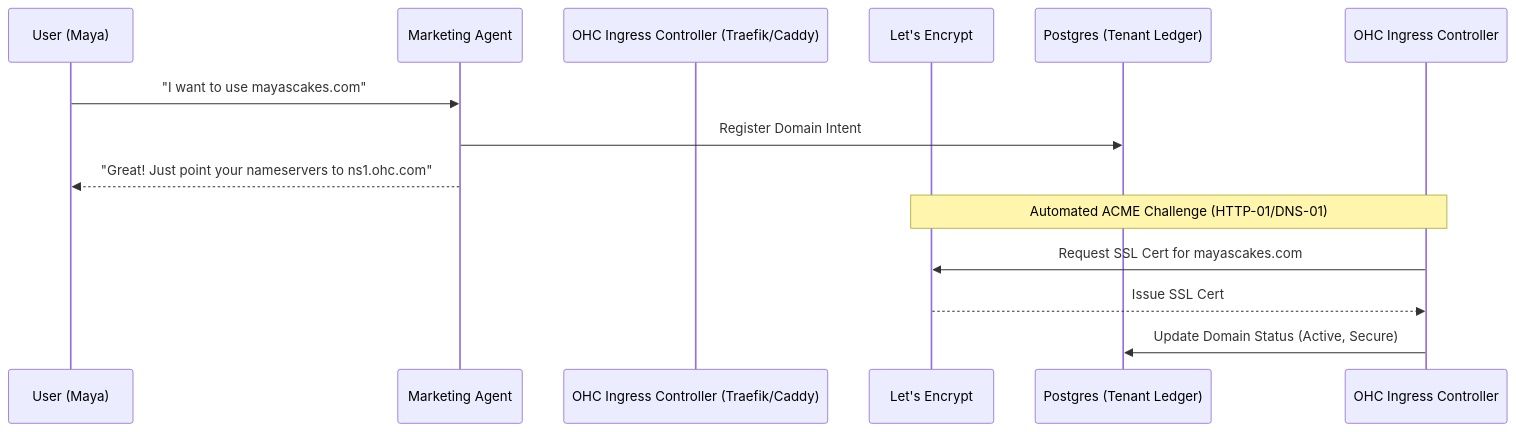
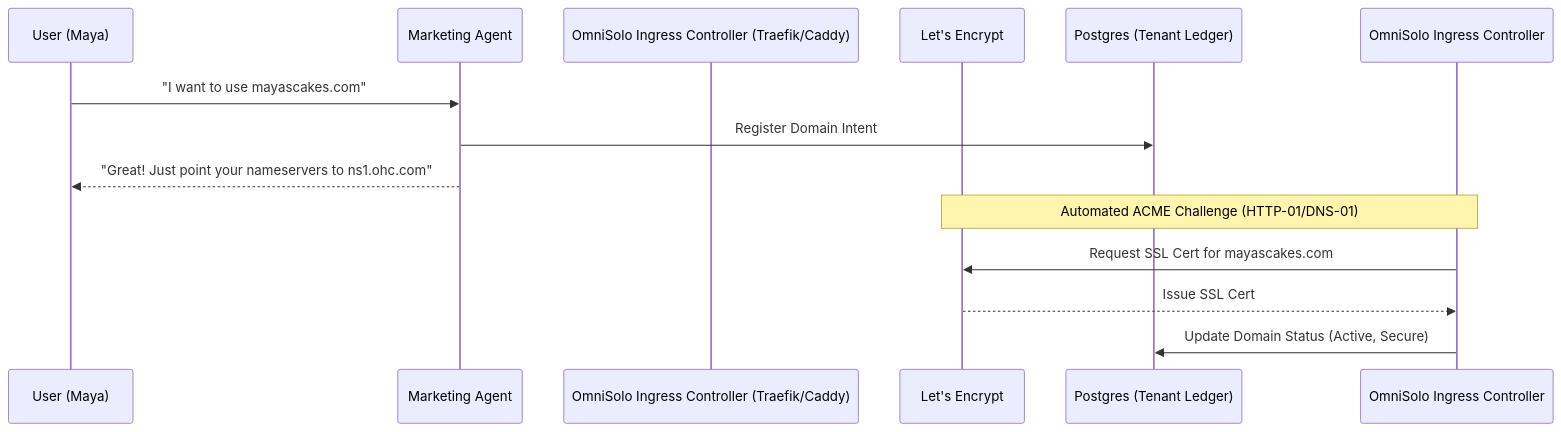
One commit to omnisolo-llc/onehumancorp changed the diagram in docs/research/[architecture]_zero_config_multi_tenant_unified_domain_and_ssl_management_engine.md. Above: the diagram before and after it, drawn with Mermaid. The commit also changed other lines of this file and 2191 other files, not shown here.

Commit message:
feat: complete OmniSolo rename and browser audit

````diff
--- a/docs/research/[architecture]_zero_config_multi_tenant_unified_domain_and_ssl_management_engine.md
+++ b/docs/research/[architecture]_zero_config_multi_tenant_unified_domain_and_ssl_management_engine.md
@@ -16,16 +16,16 @@
 ```mermaid
 sequenceDiagram
     participant User (Maya)
     participant Marketing Agent
-    participant OHC Ingress Controller (Traefik/Caddy)
+    participant OmniSolo Ingress Controller (Traefik/Caddy)
     participant Let's Encrypt
     participant Postgres (Tenant Ledger)
 
     User (Maya)->>Marketing Agent: "I want to use mayascakes.com"
     Marketing Agent->>Postgres (Tenant Ledger): Register Domain Intent
     Marketing Agent-->>User (Maya): "Great! Just point your nameservers to ns1.ohc.com"
-    Note over OHC Ingress Controller, Let's Encrypt: Automated ACME Challenge (HTTP-01/DNS-01)
-    OHC Ingress Controller->>Let's Encrypt: Request SSL Cert for mayascakes.com
-    Let's Encrypt-->>OHC Ingress Controller: Issue SSL Cert
-    OHC Ingress Controller->>Postgres (Tenant Ledger): Update Domain Status (Active, Secure)
+    Note over OmniSolo Ingress Controller, Let's Encrypt: Automated ACME Challenge (HTTP-01/DNS-01)
+    OmniSolo Ingress Controller->>Let's Encrypt: Request SSL Cert for mayascakes.com
+    Let's Encrypt-->>OmniSolo Ingress Controller: Issue SSL Cert
+    OmniSolo Ingress Controller->>Postgres (Tenant Ledger): Update Domain Status (Active, Secure)
 ```
````
